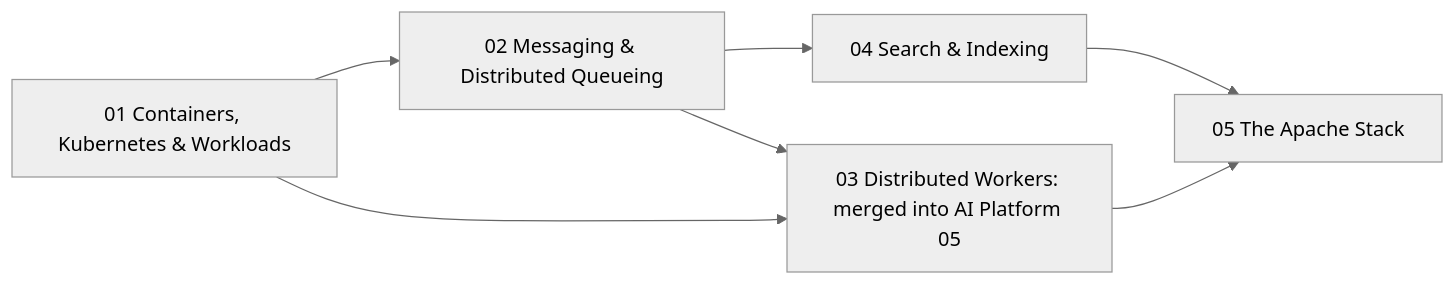
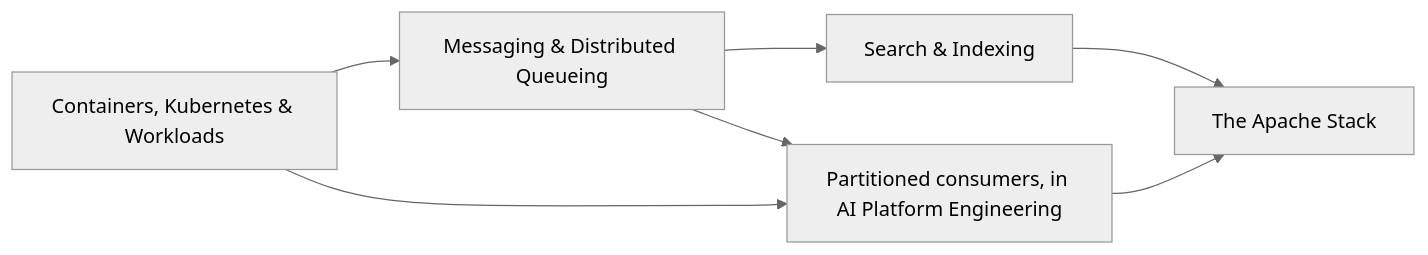
Before and after one commit to urmzd/openlearn: the diagram in content/courses/infrastructure/README.md, drawn with Mermaid (neutral theme). The commit also changed other lines of this file and 139 other files, not shown here.

````diff
--- a/content/courses/infrastructure/README.md
+++ b/content/courses/infrastructure/README.md
@@ -15,9 +25,9 @@
 ```mermaid
 graph LR
-    K8S[01 Containers, Kubernetes & Workloads] --> MSG[02 Messaging & Distributed Queueing]
-    MSG --> WRK[03 Distributed Workers: merged into AI Platform 05]
+    K8S[Containers, Kubernetes & Workloads] --> MSG[Messaging & Distributed Queueing]
+    MSG --> WRK[Partitioned consumers, in AI Platform Engineering]
     K8S --> WRK
-    MSG --> SRCH[04 Search & Indexing]
-    SRCH --> APACHE[05 The Apache Stack]
+    MSG --> SRCH[Search & Indexing]
+    SRCH --> APACHE[The Apache Stack]
     WRK --> APACHE
 ```
````
